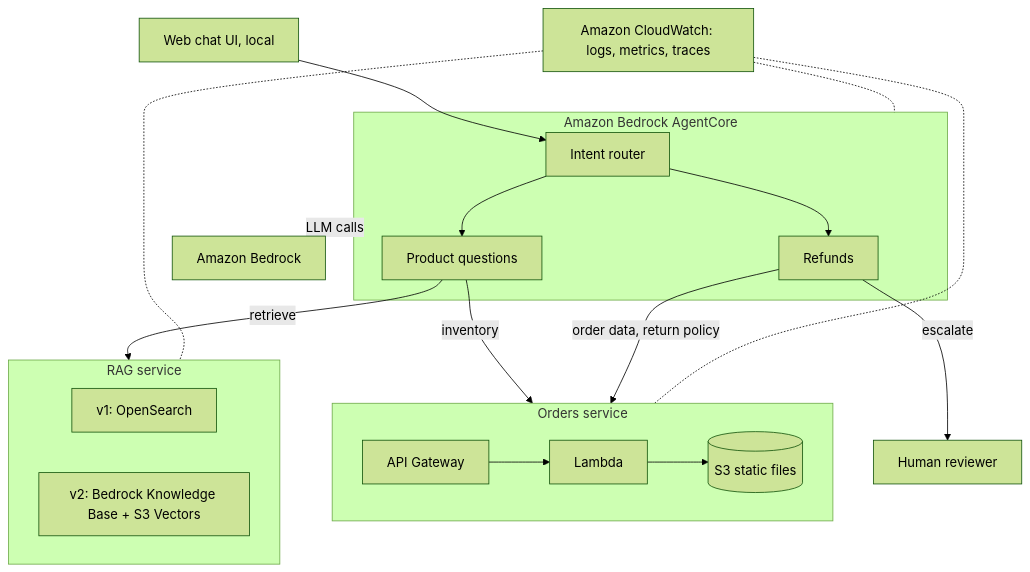
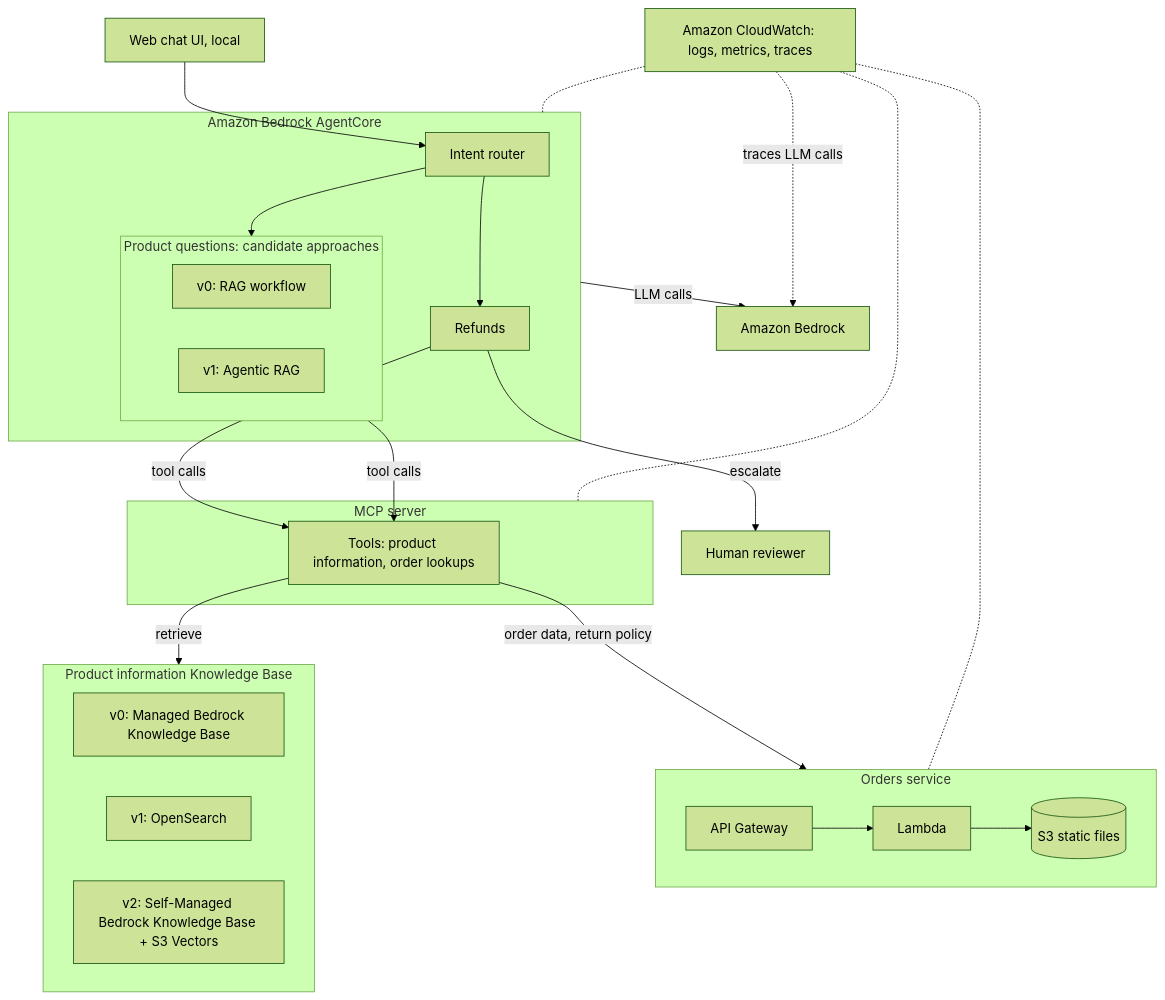
The diagram in docs/architecture.md (lilianabs/customer-service-agent), drawn with Mermaid (forest theme) before and after one commit. The commit also changed other lines of this file and 2 other files, not shown here.

Commit message:
Update architecture and implementation plan

````diff
--- a/docs/architecture.md
+++ b/docs/architecture.md
@@ -47,23 +48,33 @@
 ```mermaid
 flowchart TD
     UI[Web chat UI, local] --> Router
     subgraph AgentCore[Amazon Bedrock AgentCore]
-        Router[Intent router] --> Product[Product questions]
+        Router[Intent router] --> Product
         Router --> Refunds[Refunds]
+        subgraph Product[Product questions: candidate approaches]
+            P0[v0: RAG workflow]
+            P1[v1: Agentic RAG]
+        end
     end
-    Product -->|retrieve| RAG
-    Product -->|inventory| Orders
-    Refunds -->|order data, return policy| Orders
+    Product -->|tool calls| Tools
+    Refunds -->|tool calls| Tools
     Refunds -->|escalate| Human[Human reviewer]
-    subgraph RAG[RAG service]
+    subgraph MCP[MCP server]
+        Tools[Tools: product information, order lookups]
+    end
+    Tools -->|retrieve| KB
+    Tools -->|order data, return policy| Orders
+    subgraph KB[Product information Knowledge Base]
+        V0[v0: Managed Bedrock Knowledge Base]
         V1[v1: OpenSearch]
-        V2[v2: Bedrock Knowledge Base + S3 Vectors]
+        V2[v2: Self-Managed Bedrock Knowledge Base + S3 Vectors]
     end
     subgraph Orders[Orders service]
         APIGW[API Gateway] --> Lambda[Lambda] --> S3[(S3 static files)]
     end
     AgentCore -->|LLM calls| Bedrock[Amazon Bedrock]
     CW[Amazon CloudWatch: logs, metrics, traces] -.- AgentCore
-    CW -.- RAG
     CW -.- Orders
+    CW -.- MCP
+    CW -.->|traces LLM calls| Bedrock
 ```
````
